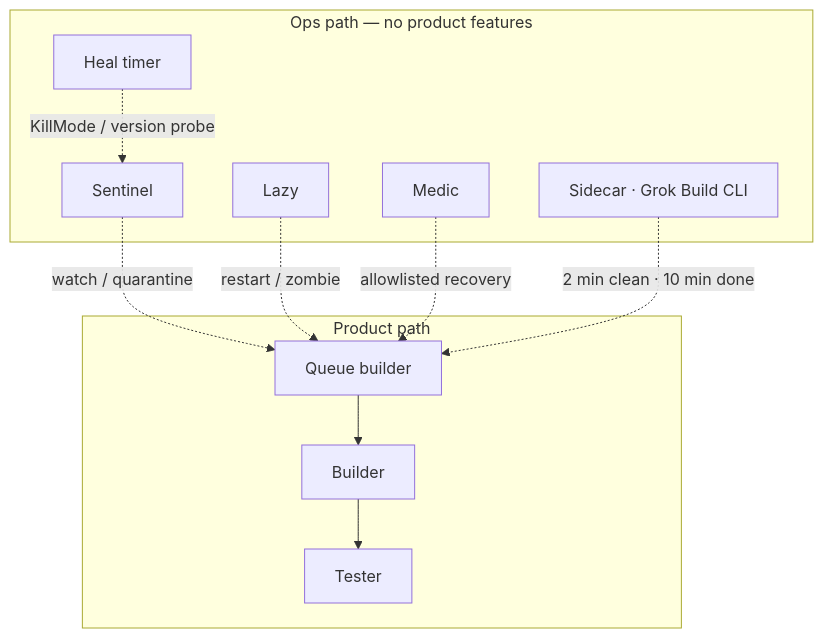
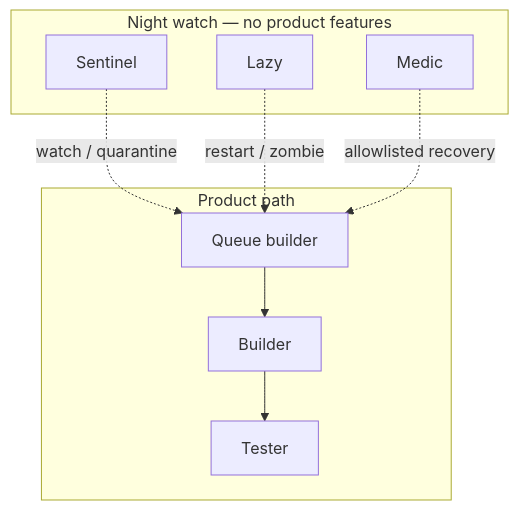
The fifth of 7 diagrams in apps/web/public/content/vibe-coding/ratchet-guide/diagrams.md (southu/vygo), drawn with Mermaid before and after one commit. The commit also changed other lines of this file and 42 other files, not shown here.

````diff
--- a/apps/web/public/content/vibe-coding/ratchet-guide/diagrams.md
+++ b/apps/web/public/content/vibe-coding/ratchet-guide/diagrams.md
@@ -123,23 +123,19 @@
 ```mermaid
 flowchart TB
   subgraph product [Product path]
     QB[Queue builder]
     BL[Builder]
     TS[Tester]
   end
 
-  subgraph ops [Ops path — no product features]
+  subgraph watch [Night watch — no product features]
     SN[Sentinel]
     LZ[Lazy]
     MD[Medic]
-    HL[Heal timer]
-    SC[Sidecar · Grok Build CLI]
   end
 
   QB --> BL --> TS
   SN -.->|watch / quarantine| QB
   LZ -.->|restart / zombie| QB
   MD -.->|allowlisted recovery| QB
-  HL -.->|KillMode / version probe| SN
-  SC -.->|2 min clean · 10 min done| QB
 ```
````
